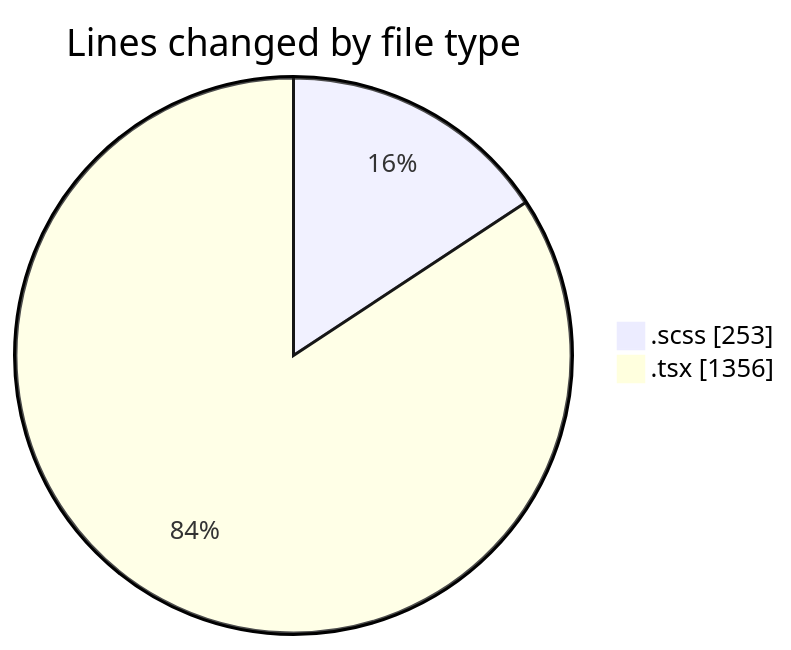
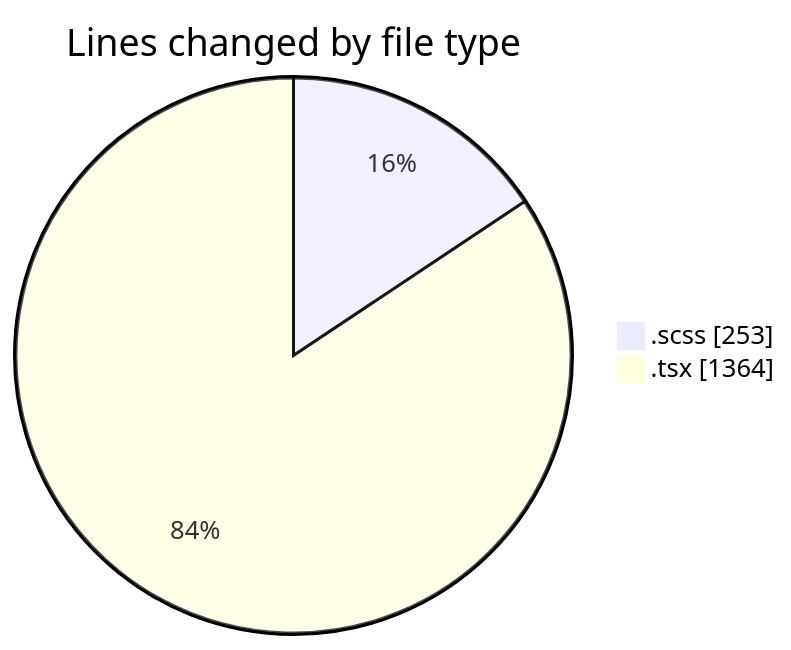
One commit to momahboobian/code-tracking changed the first of 2 diagrams in 2025-08-28/cda/README.md. Above: the diagram before and after it, drawn with Mermaid. The commit also changed other lines of this file and 1 other file, not shown here.

````diff
--- a/2025-08-28/cda/README.md
+++ b/2025-08-28/cda/README.md
@@ -24,6 +24,6 @@
 ```mermaid
 pie showData
 title Lines changed by file type
 ".scss" : 253
-".tsx" : 1356
+".tsx" : 1364
 ```
````
